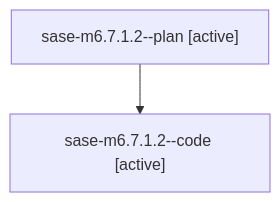
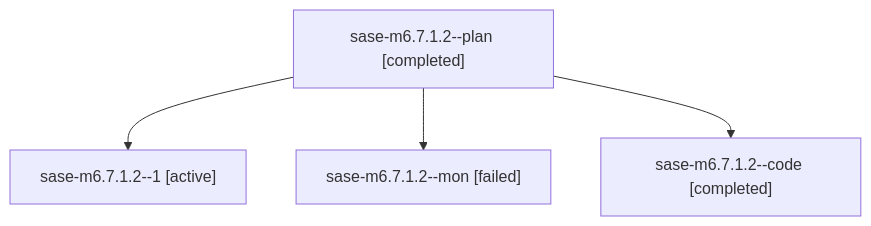
One commit to sase-org/sase--agents changed the diagram in families/bbugyi200.athena.sase-m6.7.1.2.md. Above: the diagram before and after it, drawn with Mermaid. The commit also changed other lines of this file and 80 other files, not shown here.

````diff
--- a/families/bbugyi200.athena.sase-m6.7.1.2.md
+++ b/families/bbugyi200.athena.sase-m6.7.1.2.md
@@ -9,6 +9,10 @@
 ```mermaid
 flowchart TD
-  n0["sase-m6.7.1.2--plan [active]"]
-  n1["sase-m6.7.1.2--code [active]"]
+  n0["sase-m6.7.1.2--plan [completed]"]
+  n1["sase-m6.7.1.2--1 [active]"]
   n0 --> n1
+  n2["sase-m6.7.1.2--mon [failed]"]
+  n0 --> n2
+  n3["sase-m6.7.1.2--code [completed]"]
+  n0 --> n3
 ```
````
